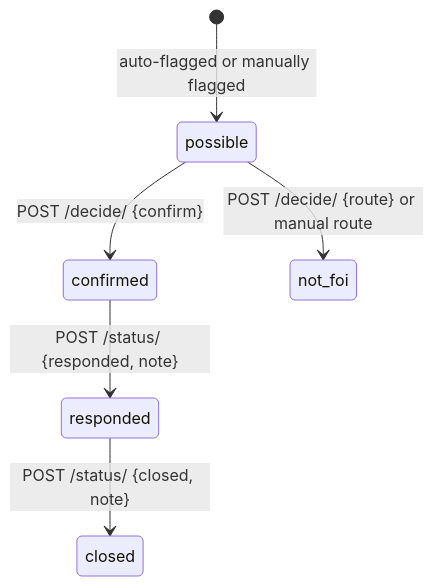
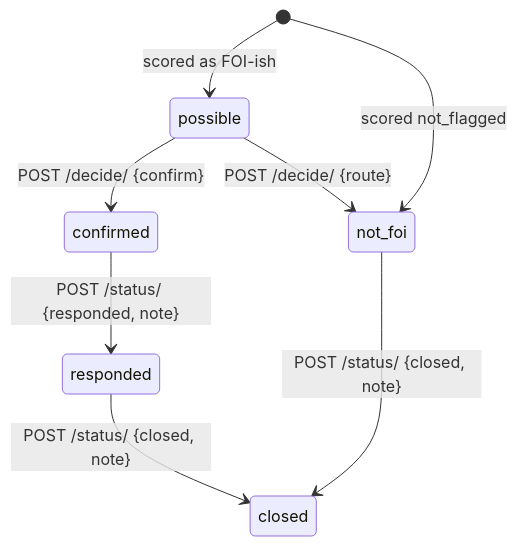
The second of 2 diagrams in docs/how-foi-tracking-works.md (AGENTSdotNE/cohort-1a), drawn with Mermaid before and after one commit. The commit also changed other lines of this file and 8 other files, not shown here.

First line of the commit message:
Give every inbound item a case, and remove manual flag/route

````diff
--- a/docs/how-foi-tracking-works.md
+++ b/docs/how-foi-tracking-works.md
@@ -80,8 +82,10 @@
 ```mermaid
 stateDiagram-v2
-    [*] --> possible: auto-flagged or manually flagged
+    [*] --> possible: scored as FOI-ish
+    [*] --> not_foi: scored not_flagged
     possible --> confirmed: POST /decide/ {confirm}
-    possible --> not_foi: POST /decide/ {route} or manual route
+    possible --> not_foi: POST /decide/ {route}
     confirmed --> responded: POST /status/ {responded, note}
     responded --> closed: POST /status/ {closed, note}
+    not_foi --> closed: POST /status/ {closed, note}
 ```
````
